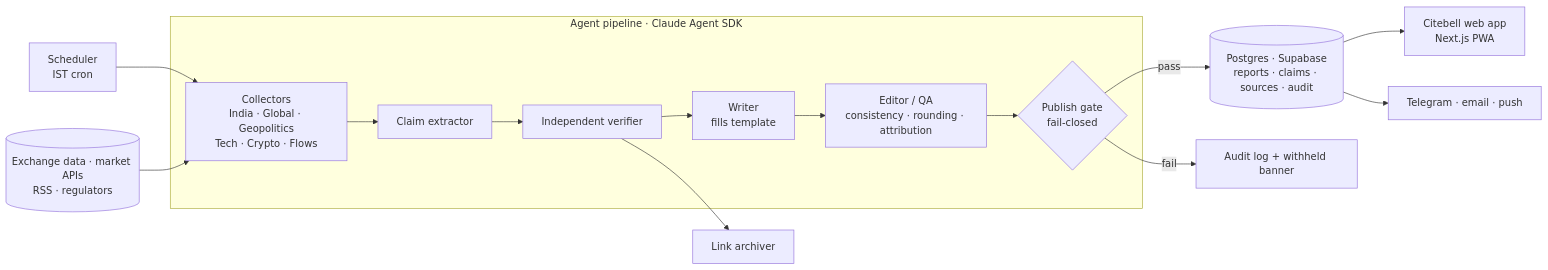
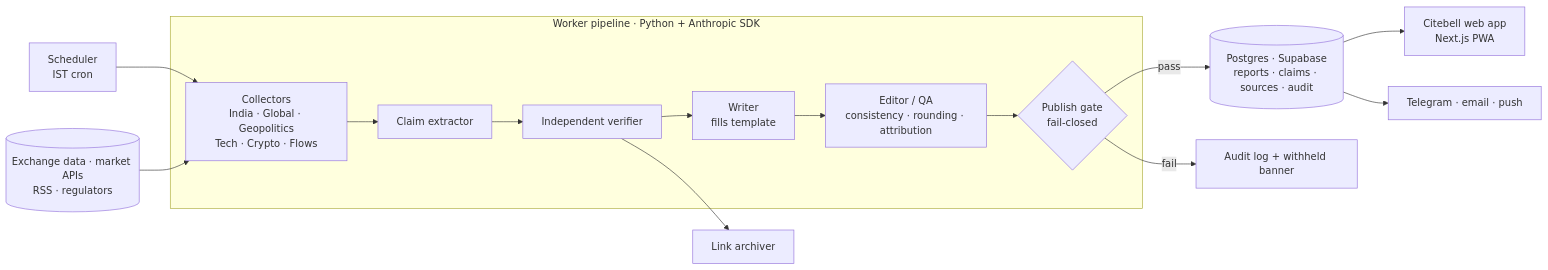
The first of 3 diagrams in docs/PRD.md (kunalsmathur-gif/market-intel-console), drawn with Mermaid before and after one commit. The commit also changed other lines of this file and 3 other files, not shown here.

First line of the commit message:
PRD v1.1: add technical architecture decisions (section 8)

````diff
--- a/docs/PRD.md
+++ b/docs/PRD.md
@@ -182,17 +183,17 @@
 ```mermaid
 flowchart LR
   SCH[Scheduler<br/>IST cron] --> COL
   SRC[(Exchange data · market APIs<br/>RSS · regulators)] --> COL
-  subgraph AGENTS[Agent pipeline · Claude Agent SDK]
+  subgraph AGENTS[Worker pipeline · Python + Anthropic SDK]
     COL[Collectors<br/>India · Global · Geopolitics<br/>Tech · Crypto · Flows] --> EXT[Claim extractor]
     EXT --> VER[Independent verifier]
     VER --> WRI[Writer<br/>fills template]
     WRI --> QA[Editor / QA<br/>consistency · rounding · attribution]
     QA --> GATE{Publish gate<br/>fail-closed}
   end
   GATE -- pass --> DB[(Postgres · Supabase<br/>reports · claims · sources · audit)]
   GATE -- fail --> LOG[Audit log + withheld banner]
   DB --> APP[Citebell web app<br/>Next.js PWA]
   DB --> NOTIF[Telegram · email · push]
   VER --> ARC[Link archiver]
 ```
````
